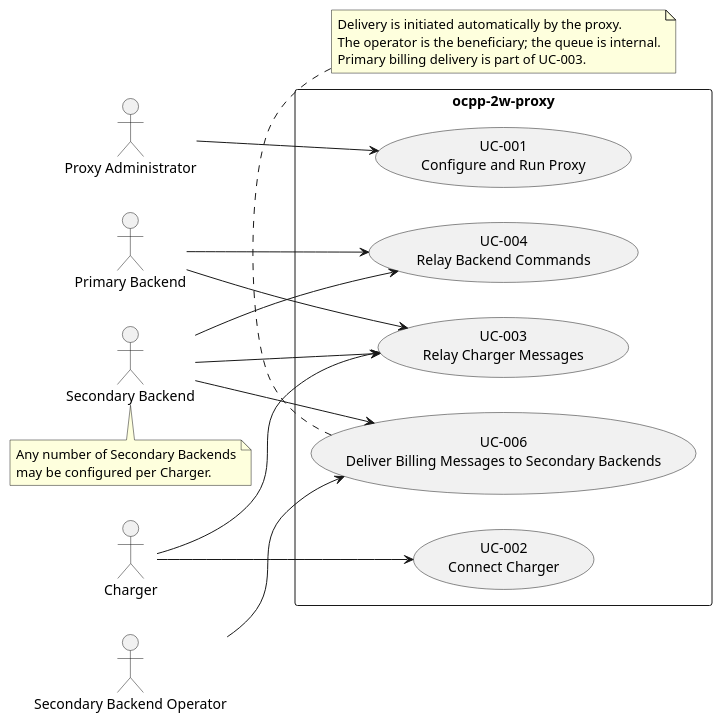
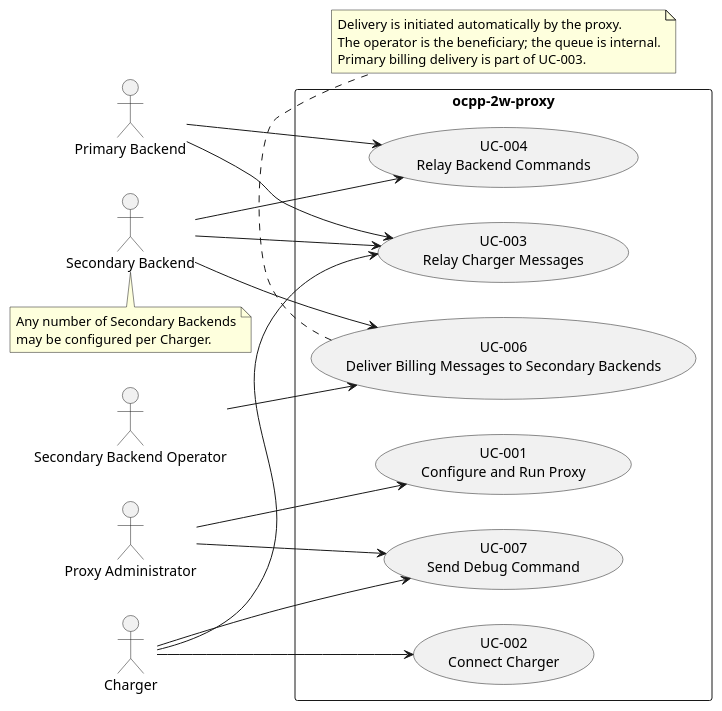
The diagram in docs/use_cases.puml (auricgoldfinger/ocpp-2w-proxy), drawn with PlantUML before and after one commit. The commit also changed 7 other files, not shown here.

```diff
--- a/docs/use_cases.puml
+++ b/docs/use_cases.puml
@@ -1,41 +1,44 @@
 @startuml Use Cases Overview
 left to right direction
 
 actor "Proxy Administrator" as admin
 actor "Charger" as charger
 actor "Primary Backend" as primary
 actor "Secondary Backend" as secondary
 actor "Secondary Backend Operator" as secondary_operator
 
 rectangle "ocpp-2w-proxy" {
     usecase "UC-001\nConfigure and Run Proxy" as UC001
     usecase "UC-002\nConnect Charger" as UC002
     usecase "UC-003\nRelay Charger Messages" as UC003
     usecase "UC-004\nRelay Backend Commands" as UC004
     usecase "UC-006\nDeliver Billing Messages to Secondary Backends" as UC006
+    usecase "UC-007\nSend Debug Command" as UC007
 }
 
 note bottom of secondary
   Any number of Secondary Backends
   may be configured per Charger.
 end note
 
 admin --> UC001
 charger --> UC002
 charger --> UC003
 primary --> UC003
 secondary --> UC003
 primary --> UC004
 secondary --> UC004
 secondary --> UC006
 secondary_operator --> UC006
+admin --> UC007
+charger --> UC007
 
 note bottom of UC006
   Delivery is initiated automatically by the proxy.
   The operator is the beneficiary; the queue is internal.
   Primary billing delivery is part of UC-003.
 end note
 
 ' UC-005 "Control Secondary Backend Commands" is obsolete, superseded by UC-004.
 
 @enduml
```
